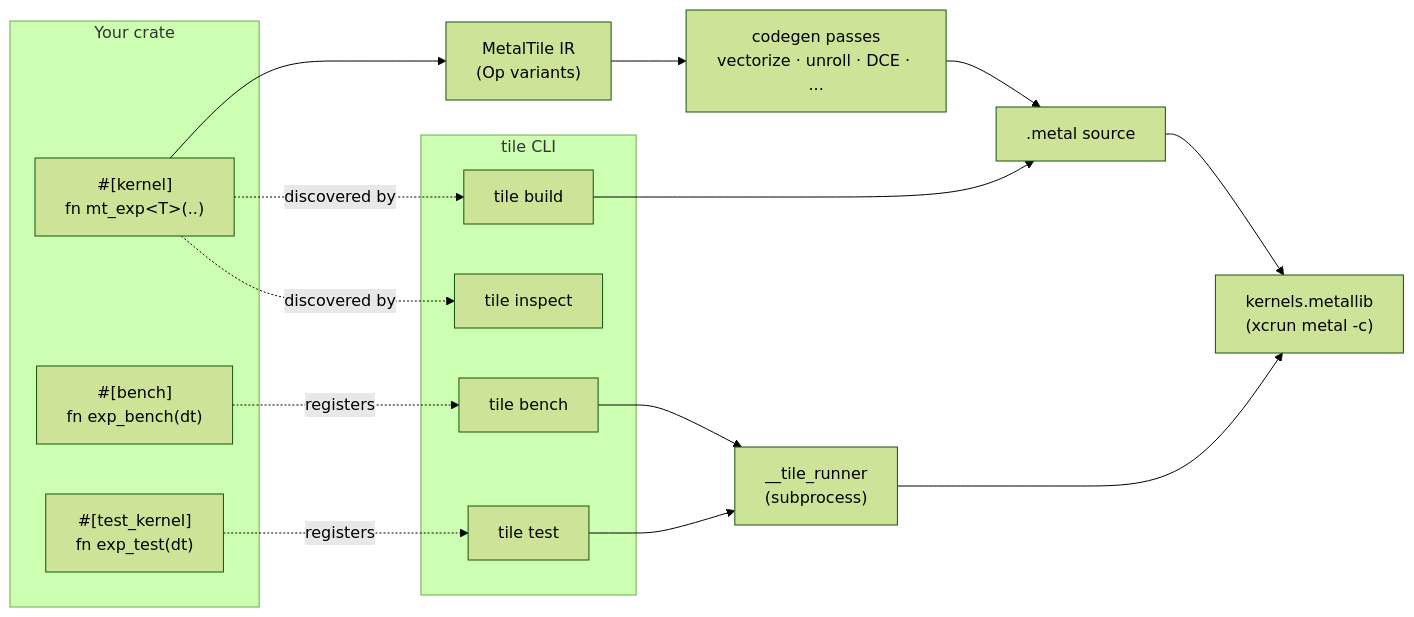
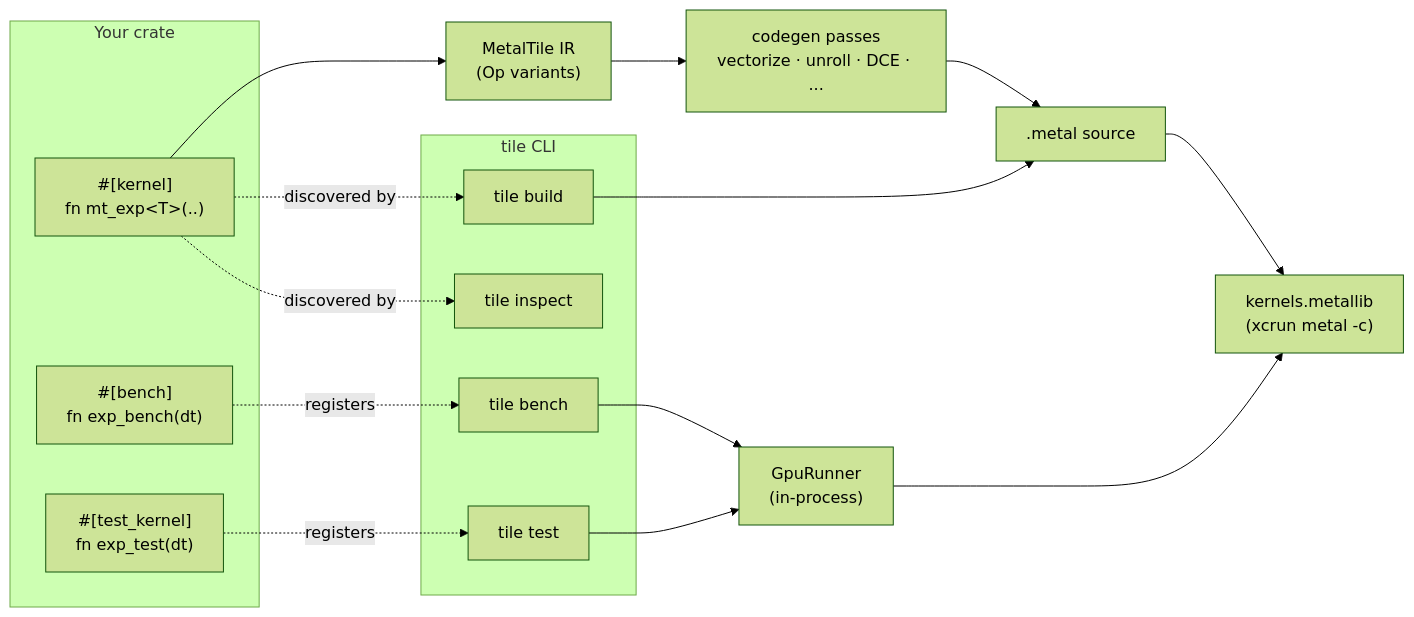
The diagram in README.md (TheTom/metaltile), drawn with Mermaid (forest theme) before and after one commit. The commit also changed other lines of this file, not shown here.

Commit message:
docs(readme): runner is in-process GpuRunner today (subprocess planned)

````diff
--- a/README.md
+++ b/README.md
@@ -104,29 +104,29 @@
 ```mermaid
 flowchart LR
     subgraph User["Your crate"]
         K["#[kernel]<br/>fn mt_exp&lt;T&gt;(..)"]
         B["#[bench]<br/>fn exp_bench(dt)"]
         T["#[test_kernel]<br/>fn exp_test(dt)"]
     end
 
     K --> IR["MetalTile IR<br/>(Op variants)"]
     IR --> Passes["codegen passes<br/>vectorize · unroll · DCE · ..."]
     Passes --> MSL[".metal source"]
     MSL --> Metallib["kernels.metallib<br/>(xcrun metal -c)"]
 
     subgraph CLI["tile CLI"]
         Build["tile build"]
         Bench["tile bench"]
         Test["tile test"]
         Inspect["tile inspect"]
     end
 
     B -.registers.-> Bench
     T -.registers.-> Test
     K -.discovered by.-> Build
     K -.discovered by.-> Inspect
     Build --> MSL
-    Bench --> Runner["__tile_runner<br/>(subprocess)"]
+    Bench --> Runner["GpuRunner<br/>(in-process)"]
     Test --> Runner
     Runner --> Metallib
 ```
````
